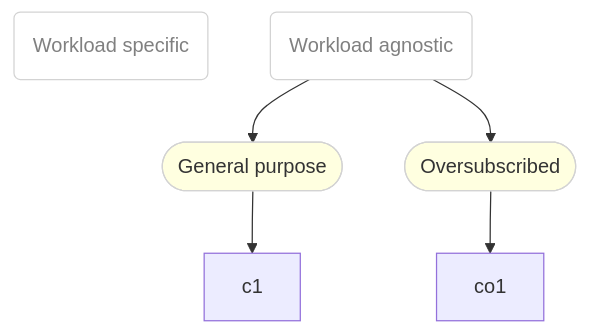
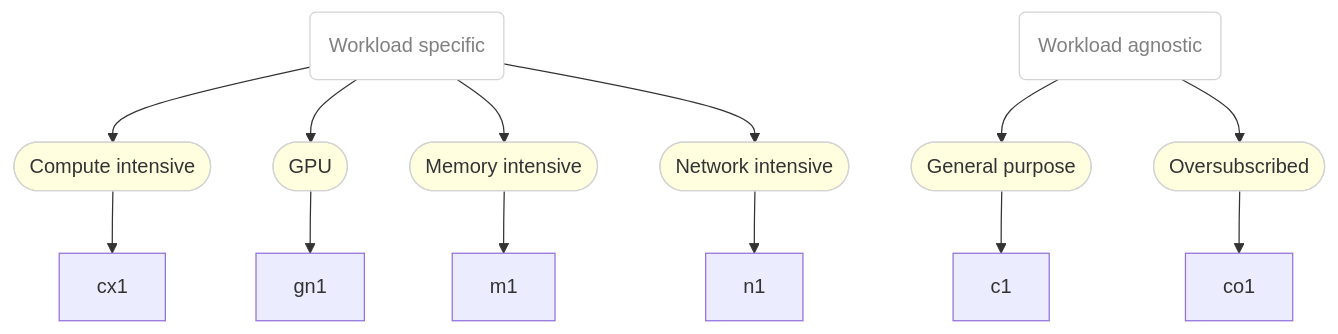
The diagram in README.md (fabiand/instanceTypes), drawn with Mermaid before and after one commit. The commit also changed other lines of this file and 42 other files, not shown here.

````diff
--- a/README.md
+++ b/README.md
@@ -30,19 +30,31 @@
 ```mermaid
 graph TD
 
 classDef grp fill:white,stroke:lightgray,color:gray
 classDef series fill:lightyellow,stroke:lightgray
 classDef instancetype fill:
 
 wrkld(Workload specific)
 nwrkld(Workload agnostic)
 class wrkld grp
 
 nwrkld:::grp --> Generalpurpose:::series
 Generalpurpose([General purpose]):::series --> c1:::instancetype
 
 nwrkld:::grp --> Oversubscribed:::series
 Oversubscribed([Oversubscribed]):::series --> co1:::instancetype
 
+wrkld:::grp --> Computeintensive:::series
+Computeintensive([Compute intensive]):::series --> cx1:::instancetype
+
+wrkld:::grp --> GPU:::series
+GPU([GPU]):::series --> gn1:::instancetype
+
+wrkld:::grp --> Memoryintensive:::series
+Memoryintensive([Memory intensive]):::series --> m1:::instancetype
+
+wrkld:::grp --> Networkintensive:::series
+Networkintensive([Network intensive]):::series --> n1:::instancetype
+
 
 ```
````
